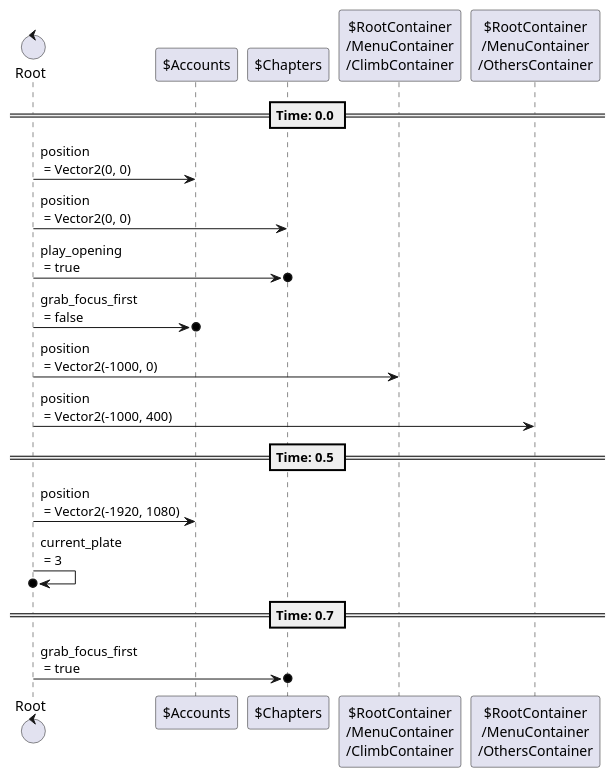
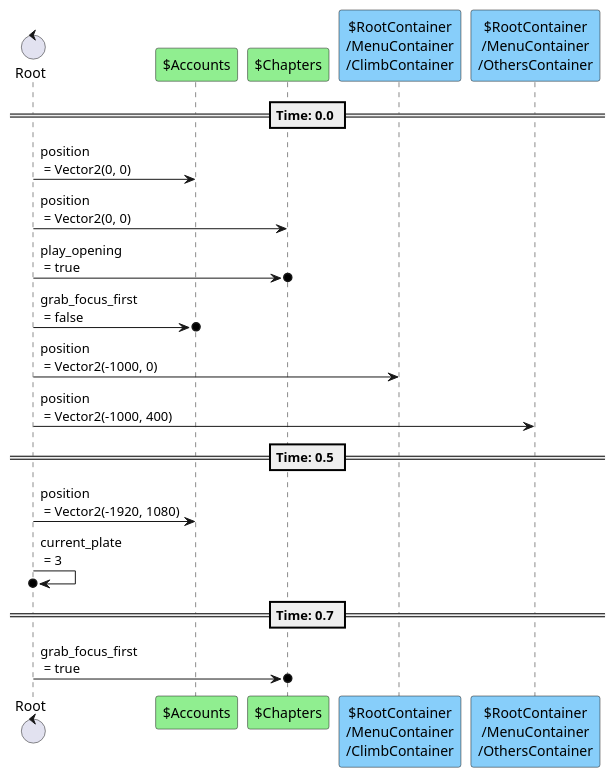
Before and after one commit to tkmfujise/Platformer-Game-Learning: the fourth of 9 diagrams in content/scenes/src/beginning/menu/menu.tscn.adoc, drawn with PlantUML. The commit also changed other lines of this file and 67 other files, not shown here.

```diff
--- a/content/scenes/src/beginning/menu/menu.tscn.adoc
+++ b/content/scenes/src/beginning/menu/menu.tscn.adoc
@@ -439,25 +439,25 @@
 [plantuml]
 ....
 control "Root" as R
-participant "$Accounts" as T0
-participant "$Chapters" as T1
-participant "$RootContainer\n/MenuContainer\n/ClimbContainer" as T5
-participant "$RootContainer\n/MenuContainer\n/OthersContainer" as T6
+participant "$Accounts" as T0 #90EE90
+participant "$Chapters" as T1 #90EE90
+participant "$RootContainer\n/MenuContainer\n/ClimbContainer" as T5 #87CEFA
+participant "$RootContainer\n/MenuContainer\n/OthersContainer" as T6 #87CEFA
 
 
 
 == Time: 0.0 ==
 R  ->  T0 : position\n = Vector2(0, 0)
 R  ->  T1 : position\n = Vector2(0, 0)
 R  ->o  T1 : play_opening\n = true
 R  ->o  T0 : grab_focus_first\n = false
 R  ->  T5 : position\n = Vector2(-1000, 0)
 R  ->  T6 : position\n = Vector2(-1000, 400)
 == Time: 0.5 ==
 R  ->  T0 : position\n = Vector2(-1920, 1080)
 R  ->o  R : current_plate\n = 3
 == Time: 0.7 ==
 R  ->o  T1 : grab_focus_first\n = true
 
 
 ....
```
